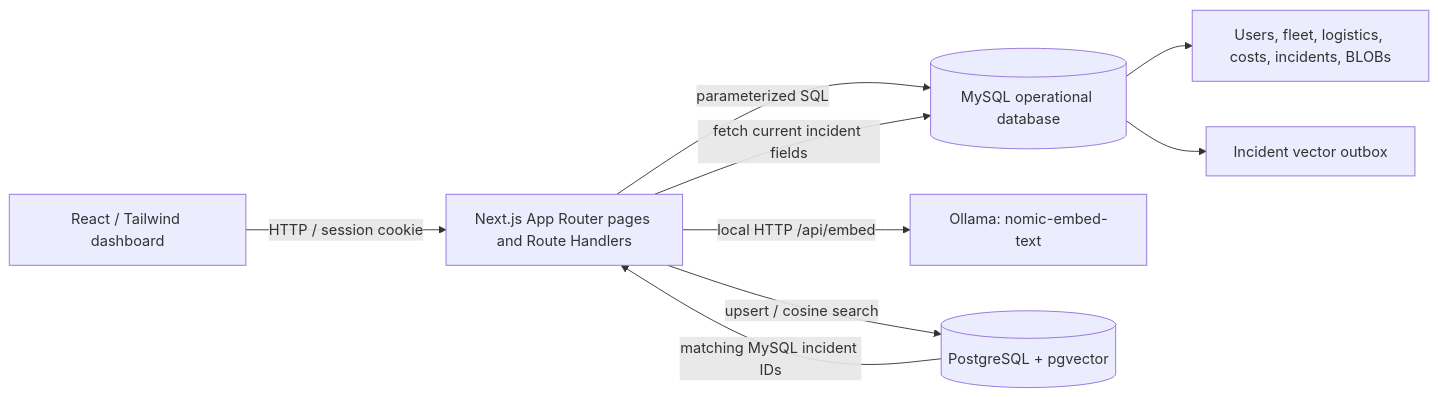
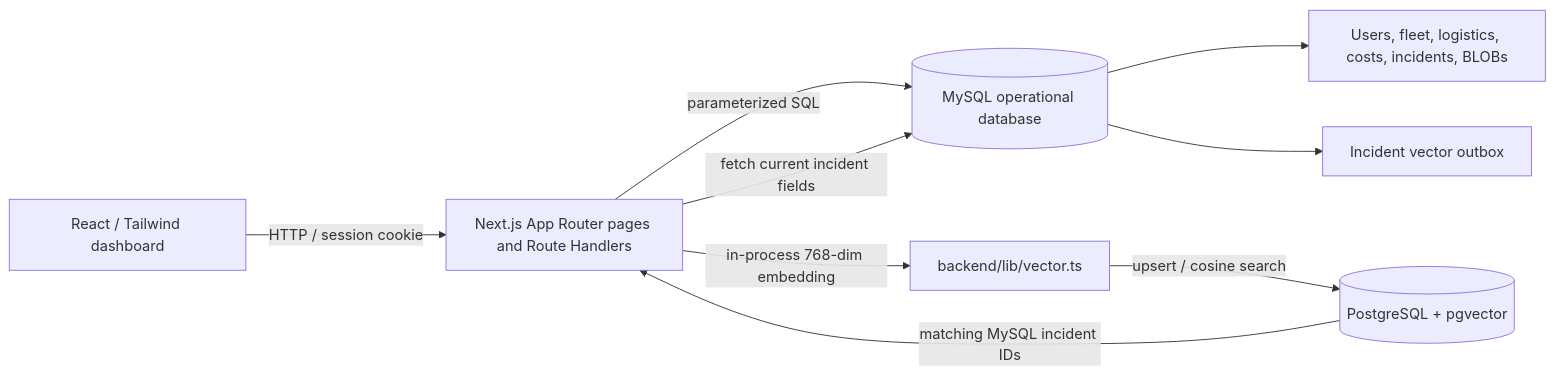
Before and after one commit to udaykeerthanreddykarnati/FleetDesk: the first of 2 diagrams in docs/architecture.md, drawn with Mermaid. The commit also changed other lines of this file and 12 other files, not shown here.

Commit message:
Complete DBMS Level 3 rubric: in-process 768-dim pgvector embeddings without Ollama, WITH RECURSIVE query, ALTER TABLE DDL, and docs/screenshots

````diff
--- a/docs/architecture.md
+++ b/docs/architecture.md
@@ -31,11 +31,11 @@
 ```mermaid
 flowchart LR
   Browser[React / Tailwind dashboard] -->|HTTP / session cookie| Next[Next.js App Router pages and Route Handlers]
   Next -->|parameterized SQL| MySQL[(MySQL operational database)]
   MySQL --> Tables[Users, fleet, logistics, costs, incidents, BLOBs]
   MySQL --> Outbox[Incident vector outbox]
-  Next -->|local HTTP /api/embed| Ollama[Ollama: nomic-embed-text]
-  Next -->|upsert / cosine search| PG[(PostgreSQL + pgvector)]
+  Next -->|in-process 768-dim embedding| Embed[backend/lib/vector.ts]
+  Embed -->|upsert / cosine search| PG[(PostgreSQL + pgvector)]
   PG -->|matching MySQL incident IDs| Next
   Next -->|fetch current incident fields| MySQL
 ```
````
